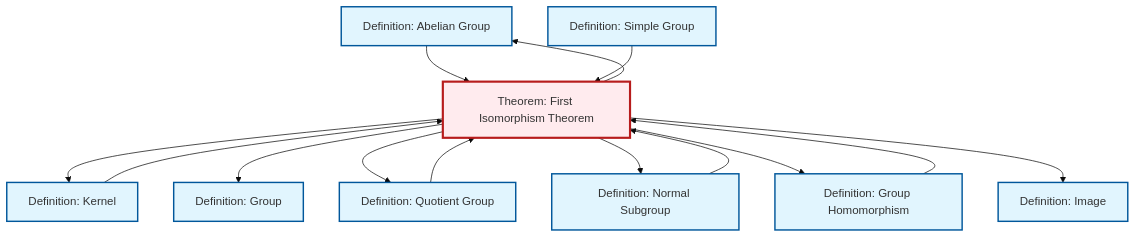
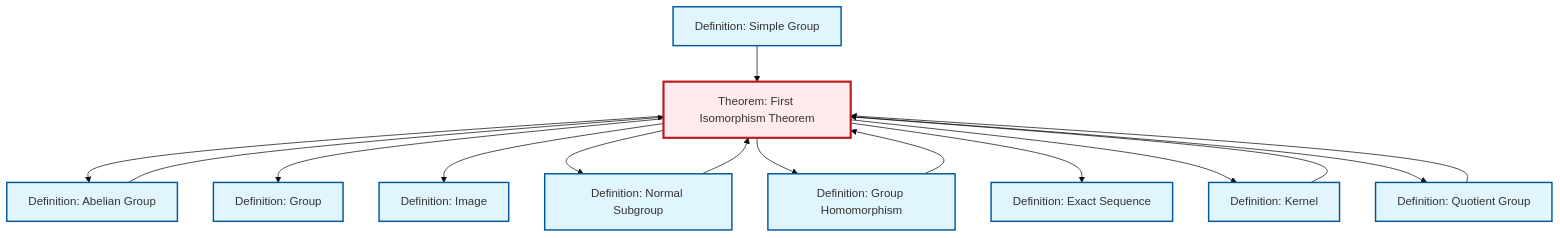
The diagram in content/ja/algebra/thm-first-isomorphism.qmd (RK0429/ModernMath), drawn with Mermaid (base theme) before and after one commit. The commit also changed other lines of this file and 654 other files, not shown here.

````diff
--- a/content/ja/algebra/thm-first-isomorphism.qmd
+++ b/content/ja/algebra/thm-first-isomorphism.qmd
@@ -101,40 +110,43 @@
 ```{mermaid}
 %%| fig-cap: "Local dependency graph"
 graph TD
     classDef definition fill:#e1f5fe,stroke:#01579b,stroke-width:2px
     classDef theorem fill:#f3e5f5,stroke:#4a148c,stroke-width:2px
     classDef axiom fill:#fff3e0,stroke:#e65100,stroke-width:2px
     classDef example fill:#e8f5e9,stroke:#1b5e20,stroke-width:2px
     classDef current fill:#ffebee,stroke:#b71c1c,stroke-width:3px
-    def-group["Definition: Group"]:::definition
-    def-abelian-group["Definition: Abelian Group"]:::definition
     def-simple-group["Definition: Simple Group"]:::definition
     def-image["Definition: Image"]:::definition
+    thm-first-isomorphism["Theorem: First Isomorphism Theorem"]:::theorem
+    def-group["Definition: Group"]:::definition
     def-quotient-group["Definition: Quotient Group"]:::definition
-    def-normal-subgroup["Definition: Normal Subgroup"]:::definition
     def-kernel["Definition: Kernel"]:::definition
     def-homomorphism["Definition: Group Homomorphism"]:::definition
-    thm-first-isomorphism["Theorem: First Isomorphism Theorem"]:::theorem
+    def-normal-subgroup["Definition: Normal Subgroup"]:::definition
+    def-abelian-group["Definition: Abelian Group"]:::definition
+    def-exact-sequence["Definition: Exact Sequence"]:::definition
+    thm-first-isomorphism --> def-abelian-group
+    thm-first-isomorphism --> def-group
+    def-quotient-group --> thm-first-isomorphism
     def-homomorphism --> thm-first-isomorphism
-    def-kernel --> thm-first-isomorphism
+    def-normal-subgroup --> thm-first-isomorphism
+    thm-first-isomorphism --> def-image
+    thm-first-isomorphism --> def-normal-subgroup
+    thm-first-isomorphism --> def-homomorphism
+    thm-first-isomorphism --> def-exact-sequence
+    def-simple-group --> thm-first-isomorphism
     thm-first-isomorphism --> def-kernel
     def-abelian-group --> thm-first-isomorphism
-    def-quotient-group --> thm-first-isomorphism
-    thm-first-isomorphism --> def-group
+    def-kernel --> thm-first-isomorphism
     thm-first-isomorphism --> def-quotient-group
-    def-normal-subgroup --> thm-first-isomorphism
-    thm-first-isomorphism --> def-abelian-group
-    thm-first-isomorphism --> def-normal-subgroup
-    thm-first-isomorphism --> def-homomorphism
-    def-simple-group --> thm-first-isomorphism
-    thm-first-isomorphism --> def-image
     class thm-first-isomorphism current
-    click def-group "def-group.html" "Definition: Groupへ"
-    click def-abelian-group "def-abelian-group.html" "Definition: Abelian Groupへ"
     click def-simple-group "def-simple-group.html" "Definition: Simple Groupへ"
     click def-image "def-image.html" "Definition: Imageへ"
+    click def-group "def-group.html" "Definition: Groupへ"
     click def-quotient-group "def-quotient-group.html" "Definition: Quotient Groupへ"
-    click def-normal-subgroup "def-normal-subgroup.html" "Definition: Normal Subgroupへ"
     click def-kernel "def-kernel.html" "Definition: Kernelへ"
     click def-homomorphism "def-homomorphism.html" "Definition: Group Homomorphismへ"
+    click def-normal-subgroup "def-normal-subgroup.html" "Definition: Normal Subgroupへ"
+    click def-abelian-group "def-abelian-group.html" "Definition: Abelian Groupへ"
+    click def-exact-sequence "def-exact-sequence.html" "Definition: Exact Sequenceへ"
 ```
````
